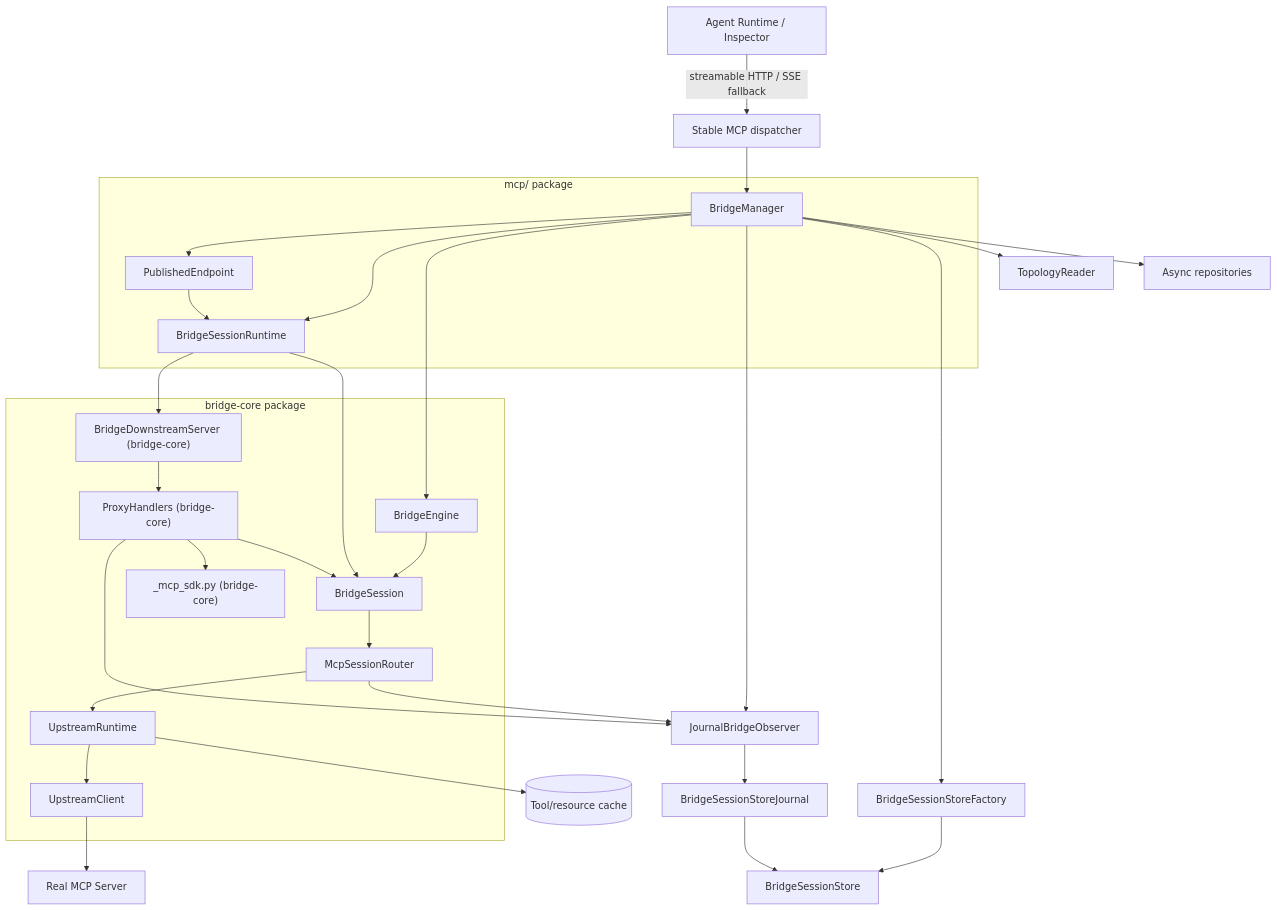
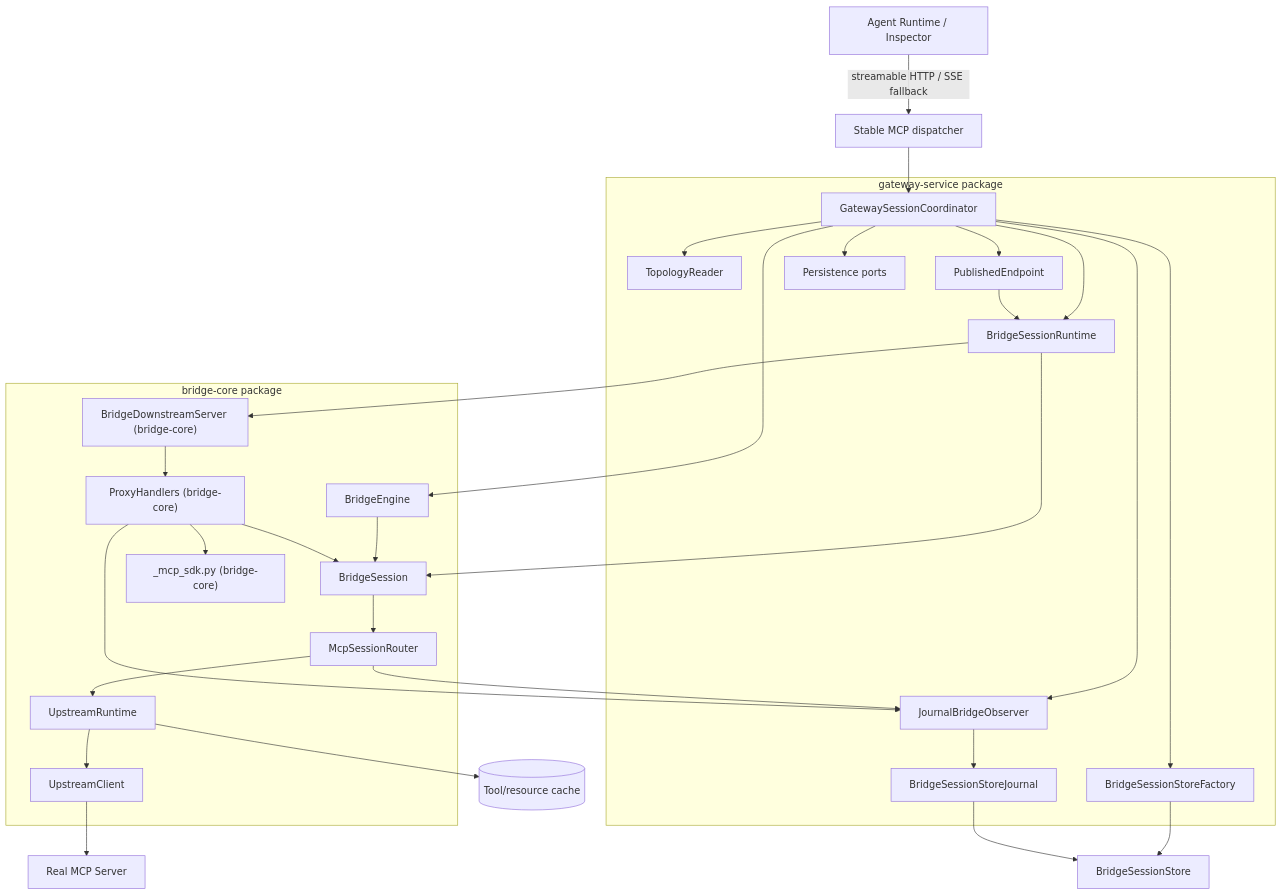
One commit to JilongSun/mcpapps-bridge changed the second of 4 diagrams in docs/architecture/mcp-layer.md. Above: the diagram before and after it, drawn with Mermaid. The commit also changed other lines of this file and 84 other files, not shown here.

Commit message:
refactor(backend): complete core service server package migration

````diff
--- a/docs/architecture/mcp-layer.md
+++ b/docs/architecture/mcp-layer.md
@@ -40,47 +36,52 @@
 ```mermaid
 flowchart TD
     Client["Agent Runtime / Inspector"] --> |"streamable HTTP / SSE fallback"| API["Stable MCP dispatcher"]
-    API --> Manager["BridgeManager"]
-    Manager --> Topology["TopologyReader"]
-    Manager --> Endpoint["PublishedEndpoint"]
-    Manager --> Repositories["Async repositories"]
-    Manager --> Factory["BridgeSessionStoreFactory"]
-    Manager --> SessionRuntime["BridgeSessionRuntime"]
+    API --> Coordinator["GatewaySessionCoordinator"]
+    Coordinator --> Topology["TopologyReader"]
+    Coordinator --> Endpoint["PublishedEndpoint"]
+    Coordinator --> Repositories["Persistence ports"]
+    Coordinator --> Factory["BridgeSessionStoreFactory"]
+    Coordinator --> SessionRuntime["BridgeSessionRuntime"]
     Endpoint --> SessionRuntime
-    Manager --> Engine["BridgeEngine"]
+    Coordinator --> Engine["BridgeEngine"]
     Engine --> Session["BridgeSession"]
     SessionRuntime --> Session
     SessionRuntime --> Downstream["BridgeDownstreamServer (bridge-core)"]
     Downstream --> Handlers["ProxyHandlers (bridge-core)"]
     Handlers --> Session
     Session --> Router["McpSessionRouter"]
     Router --> Runtime["UpstreamRuntime"]
     Runtime --> Upstream["UpstreamClient"]
     Upstream --> Real["Real MCP Server"]
 
     Factory --> Store["BridgeSessionStore"]
-    Manager --> Observer["JournalBridgeObserver"]
+    Coordinator --> Observer["JournalBridgeObserver"]
     Router --> Observer
     Handlers --> Observer
     Observer --> Journal["BridgeSessionStoreJournal"]
     Journal --> Store
     Runtime --> Cache[("Tool/resource cache")]
     Handlers --> Mapper["_mcp_sdk.py (bridge-core)"]
 
-    subgraph "mcp/ package"
-        Manager
+    subgraph "gateway-service package"
+        Coordinator
         Endpoint
         SessionRuntime
+        Topology
+        Repositories
+        Factory
+        Observer
+        Journal
     end
 
     subgraph "bridge-core package"
         Engine
         Session
         Downstream
         Handlers
         Mapper
         Router
         Runtime
         Upstream
     end
 ```
````
